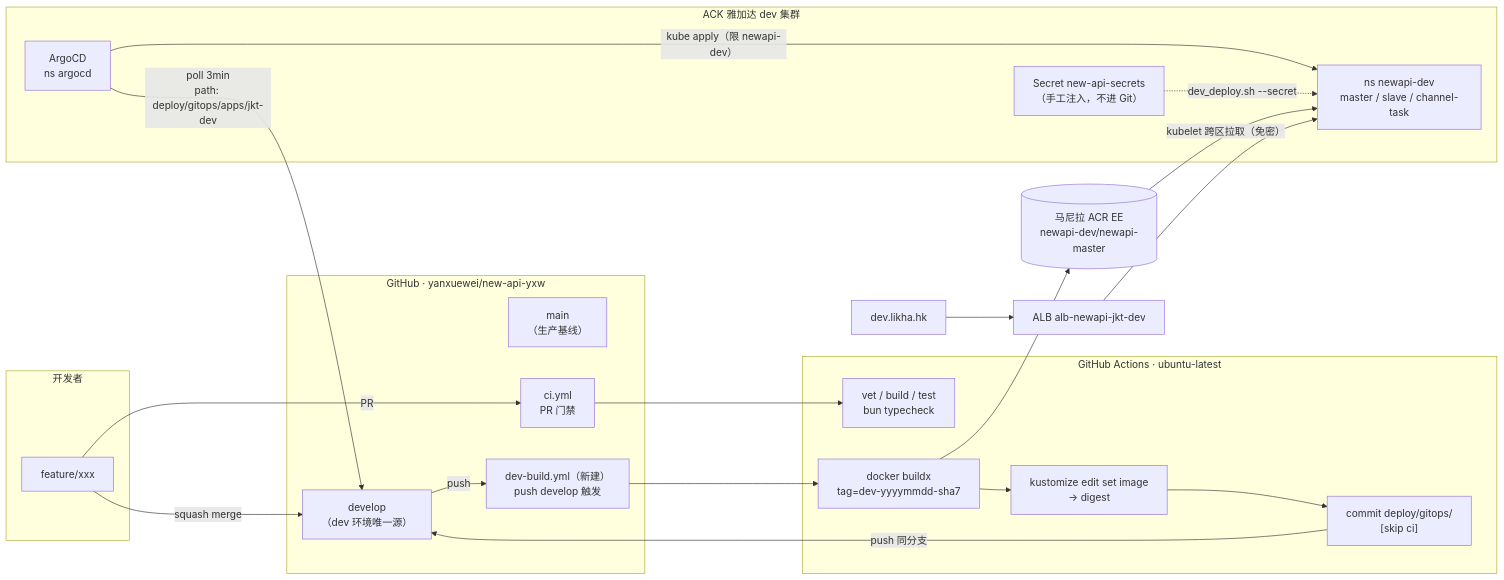
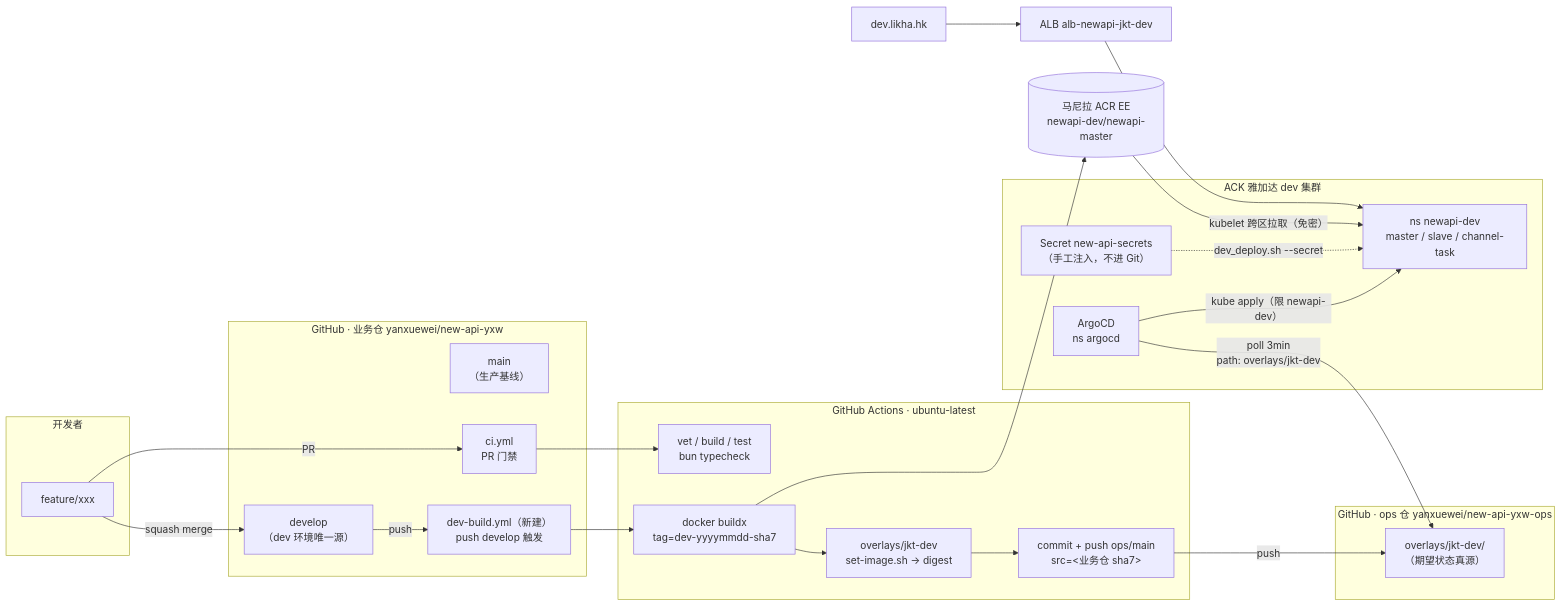
Before and after one commit to yanxuewei/new-api-yxw: the first of 2 diagrams in deploy/docs/GitOps开发流水线_雅加达dev_搭建方案_2026-10-26.md, drawn with Mermaid. The commit also changed other lines of this file and 10 other files, not shown here.

First line of the commit message:
feat(gitops): 雅加达 dev GitOps 流水线 T0-T3（ops 仓 + ArgoCD + bootstrap 脚本）

````diff
--- a/deploy/docs/GitOps开发流水线_雅加达dev_搭建方案_2026-10-26.md
+++ b/deploy/docs/GitOps开发流水线_雅加达dev_搭建方案_2026-10-26.md
@@ -118,36 +123,39 @@
 ```mermaid
 flowchart LR
     subgraph DEV["开发者"]
         A["feature/xxx"]
     end
-    subgraph GH["GitHub · yanxuewei/new-api-yxw"]
+    subgraph GH["GitHub · 业务仓 yanxuewei/new-api-yxw"]
         B["develop<br/>（dev 环境唯一源）"]
         C["main<br/>（生产基线）"]
         W1["ci.yml<br/>PR 门禁"]
         W2["dev-build.yml（新建）<br/>push develop 触发"]
     end
+    subgraph OPS["GitHub · ops 仓 yanxuewei/new-api-yxw-ops"]
+        O1["overlays/jkt-dev/<br/>（期望状态真源）"]
+    end
     subgraph CI["GitHub Actions · ubuntu-latest"]
         S1["vet / build / test<br/>bun typecheck"]
         S2["docker buildx<br/>tag=dev-yyyymmdd-sha7"]
-        S3["kustomize edit set image<br/>→ digest"]
-        S4["commit deploy/gitops/<br/>[skip ci]"]
+        S3["overlays/jkt-dev<br/>set-image.sh → digest"]
+        S4["commit + push ops/main<br/>src=<业务仓 sha7>"]
     end
     ACR[("马尼拉 ACR EE<br/>newapi-dev/newapi-master")]
     subgraph JKT["ACK 雅加达 dev 集群"]
         AR["ArgoCD<br/>ns argocd"]
         NS["ns newapi-dev<br/>master / slave / channel-task"]
         SEC["Secret new-api-secrets<br/>（手工注入，不进 Git）"]
     end
     ALB["ALB alb-newapi-jkt-dev"]
     U["dev.likha.hk"]
 
     A -->|PR| W1 --> S1
     A -->|squash merge| B
     B -->|push| W2 --> S2 --> ACR
-    S2 --> S3 --> S4 -->|push 同分支| B
-    AR -->|"poll 3min<br/>path: deploy/gitops/apps/jkt-dev"| B
+    S2 --> S3 -->     S4 -->|push| O1
+    AR -->|"poll 3min<br/>path: overlays/jkt-dev"| O1
     AR -->|"kube apply（限 newapi-dev）"| NS
     SEC -.->|"dev_deploy.sh --secret"| NS
     ACR -->|"kubelet 跨区拉取（免密）"| NS
     U --> ALB --> NS
 ```
````
